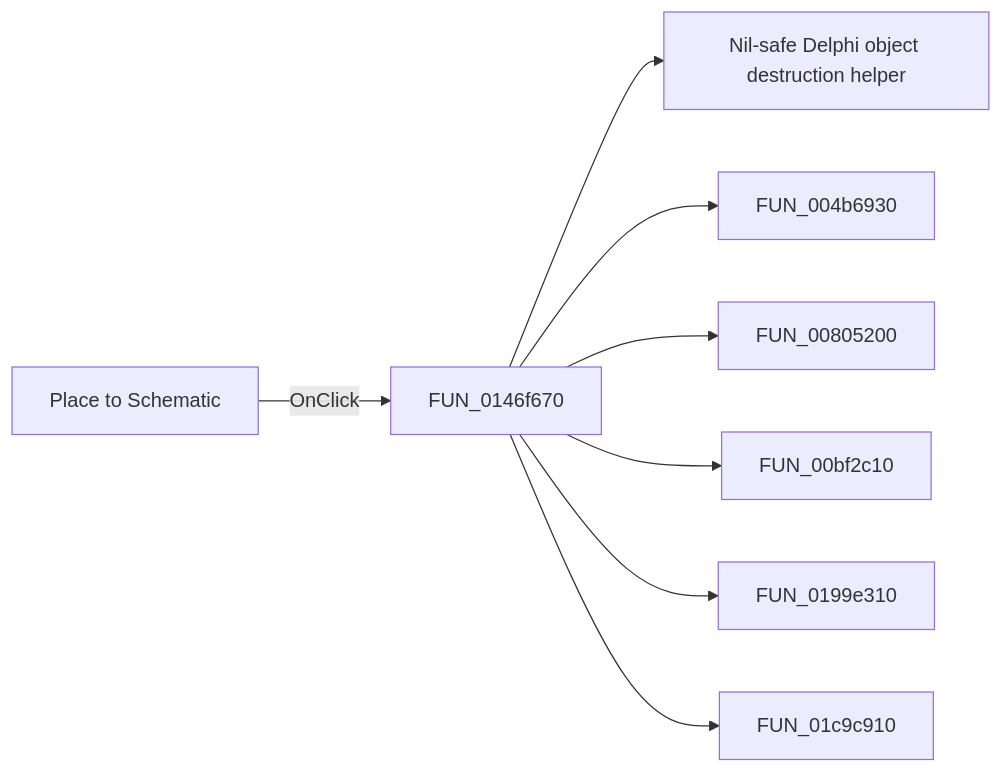
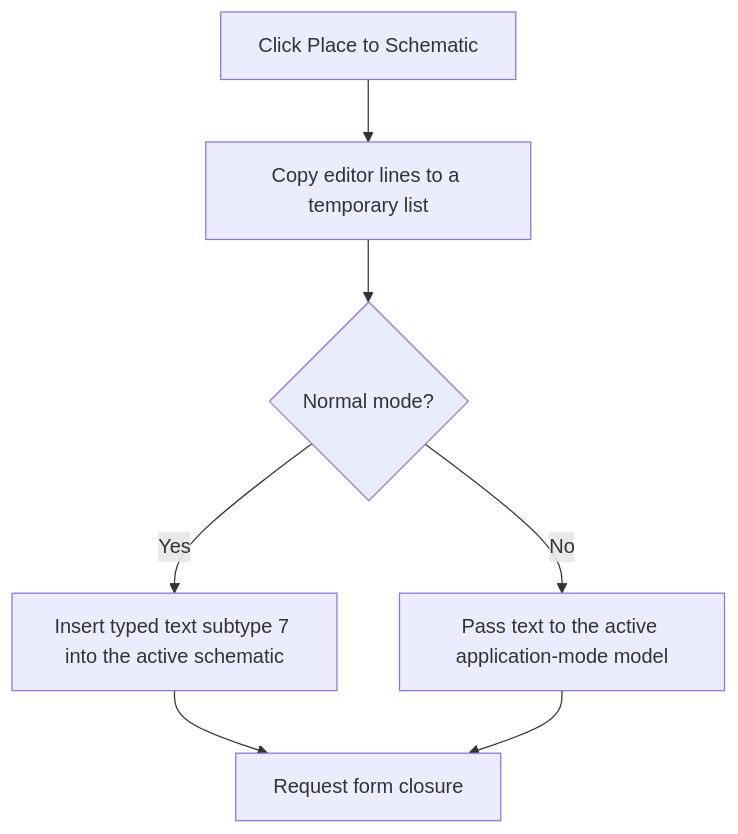
One commit to MovGP0/TIARA changed the diagram in docs/ui-controls/pymainform/sbplace-cfaf836280.md. Above: the diagram before and after it, drawn with Mermaid. The commit also changed other lines of this file and 1062 other files, not shown here.

````diff
--- a/docs/ui-controls/pymainform/sbplace-cfaf836280.md
+++ b/docs/ui-controls/pymainform/sbplace-cfaf836280.md
@@ -27,10 +29,9 @@
 ```mermaid
-flowchart LR
-    control["Place to Schematic"] -->|OnClick| handler["FUN_0146f670"]
-    handler --> call1["Nil-safe Delphi object destruction helper"]
-    handler --> call2["FUN_004b6930"]
-    handler --> call3["FUN_00805200"]
-    handler --> call4["FUN_00bf2c10"]
-    handler --> call5["FUN_0199e310"]
-    handler --> call6["FUN_01c9c910"]
+flowchart TD
+    control["Click Place to Schematic"] --> copy["Copy editor lines to a temporary list"]
+    copy --> mode{"Normal mode?"}
+    mode -->|Yes| insert["Insert typed text subtype 7 into the active schematic"]
+    mode -->|No| app["Pass text to the active application-mode model"]
+    insert --> close["Request form closure"]
+    app --> close
 ```
````
